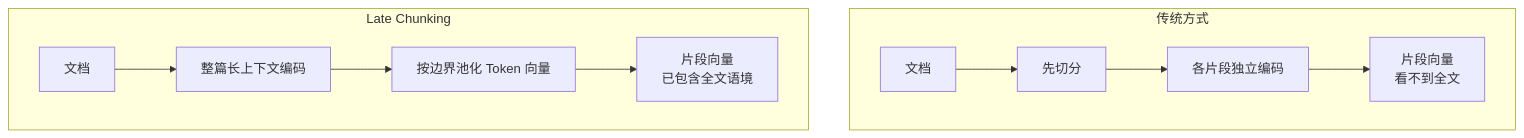
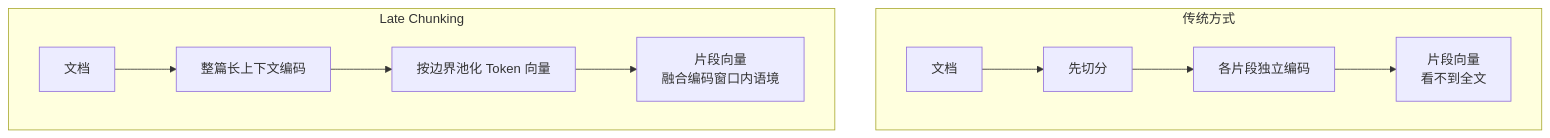
One commit to oneleaveknowsthefall/awesome-ai-roadmap changed the fourth of 4 diagrams in docs/rag/02-ingestion-indexing/05-semantic-truncation.md. Above: the diagram before and after it, drawn with Mermaid. The commit also changed other lines of this file and 24 other files, not shown here.

````diff
--- a/docs/rag/02-ingestion-indexing/05-semantic-truncation.md
+++ b/docs/rag/02-ingestion-indexing/05-semantic-truncation.md
@@ -147,14 +147,14 @@
 ```mermaid
 flowchart TB
     subgraph TRAD[传统方式]
         D1[文档] --> C1[先切分]
         C1 --> E1[各片段独立编码]
         E1 --> V1[片段向量<br/>看不到全文]
     end
 
     subgraph LATE[Late Chunking]
         D2[文档] --> E2[整篇长上下文编码]
         E2 --> C2[按边界池化 Token 向量]
-        C2 --> V2[片段向量<br/>已包含全文语境]
+        C2 --> V2[片段向量<br/>融合编码窗口内语境]
     end
 ```
````
